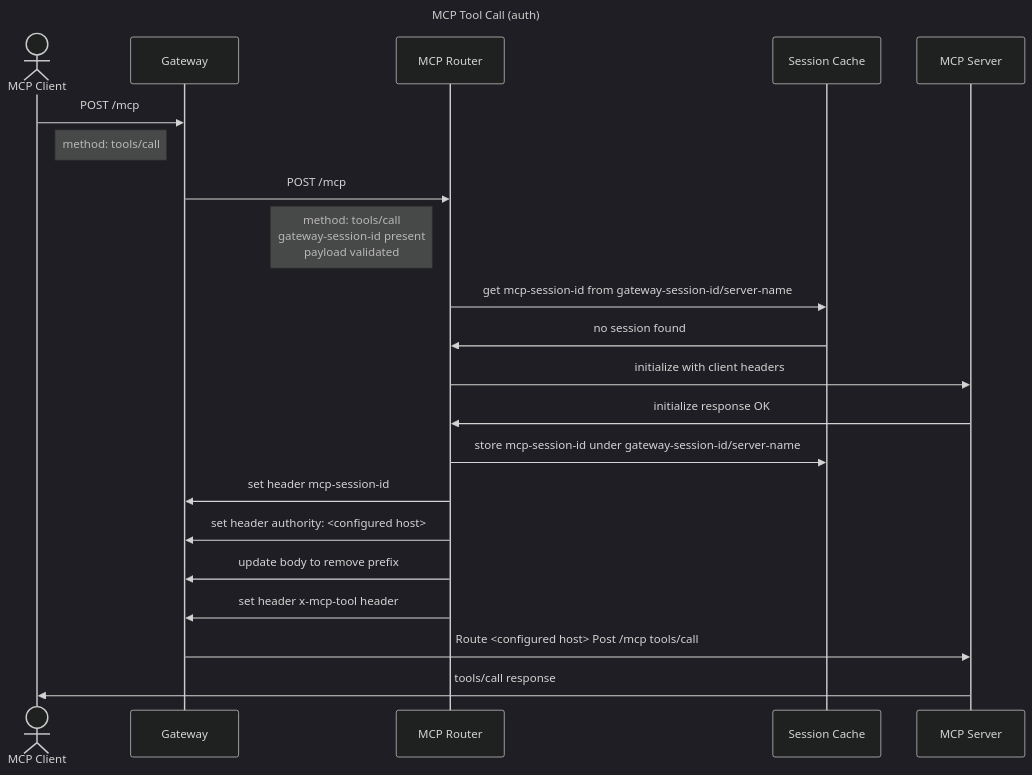
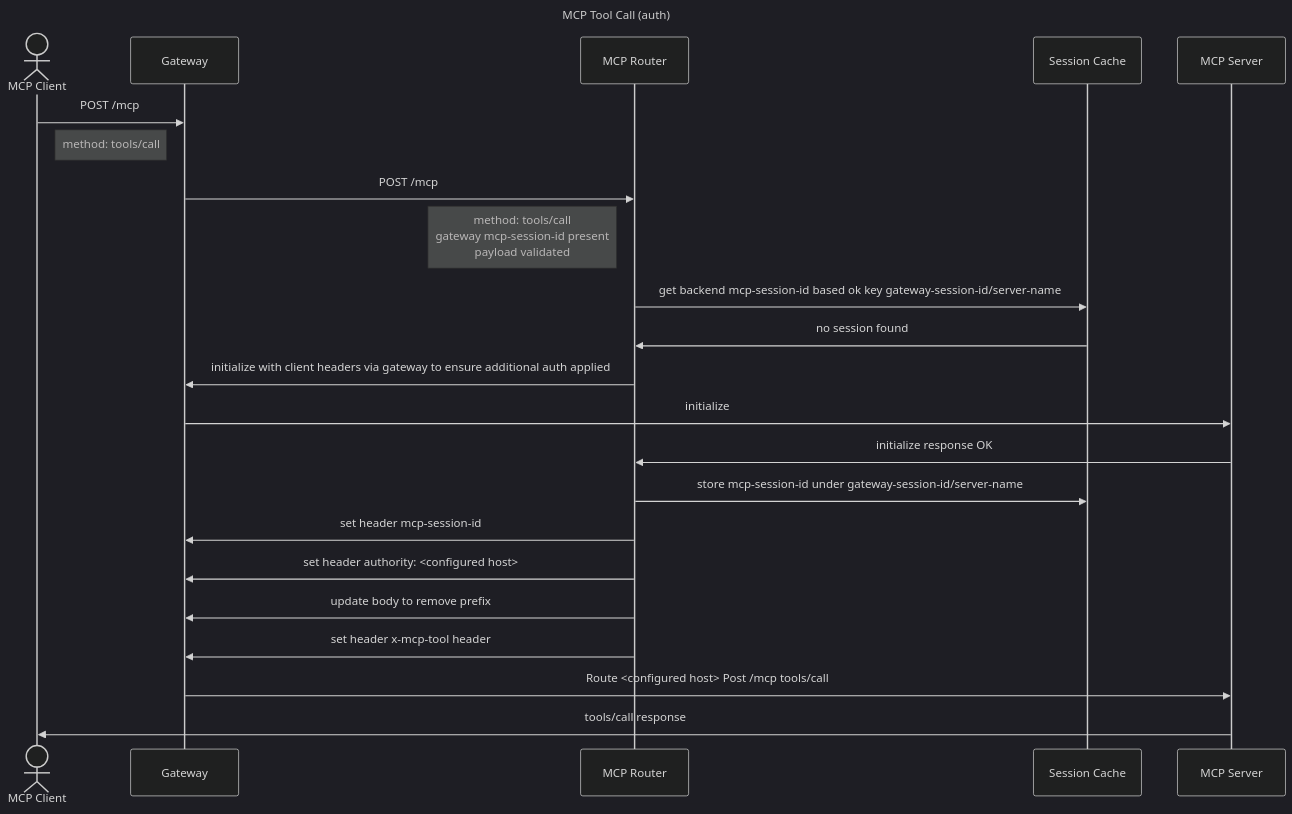
Before and after one commit to kagenti/mcp-gateway: the third of 5 diagrams in docs/design/flows.md, drawn with Mermaid (dark theme). The commit also changed other lines of this file and 28 other files, not shown here.

Commit message:
add new e2e test and test case. Add flag for configuring time duration to check backend mcp servers

````diff
--- a/docs/design/flows.md
+++ b/docs/design/flows.md
@@ -45,20 +45,21 @@
 ```mermaid
 sequenceDiagram
         title MCP Tool Call (auth)
         actor MCP Client
         MCP Client->>Gateway: POST /mcp 
         note right of MCP Client: method: tools/call
         Gateway->>MCP Router: POST /mcp
-        note left of MCP Router: method: tools/call <br/> gateway-session-id present <br/> payload validated
-        MCP Router->>Session Cache: get mcp-session-id from  gateway-session-id/server-name
+        note left of MCP Router: method: tools/call <br/> gateway mcp-session-id present <br/> payload validated
+        MCP Router->>Session Cache: get backend mcp-session-id based ok key  gateway-session-id/server-name
         Session Cache->>MCP Router: no session found
-        MCP Router->>MCP Server: initialize with client headers
+        MCP Router->>Gateway: initialize with client headers via gateway to ensure additional auth applied
+        Gateway->>MCP Server: initialize 
         MCP Server->>MCP Router: initialize response OK
         MCP Router->>Session Cache: store mcp-session-id under gateway-session-id/server-name
         MCP Router->>Gateway: set header mcp-session-id
         MCP Router->>Gateway: set header authority: <configured host>
         MCP Router->>Gateway: update body to remove prefix 
         MCP Router->>Gateway: set header x-mcp-tool header 
         Gateway->>MCP Server: Route <configured host> Post /mcp tools/call
         MCP Server->>MCP Client: tools/call response
 ```
````
